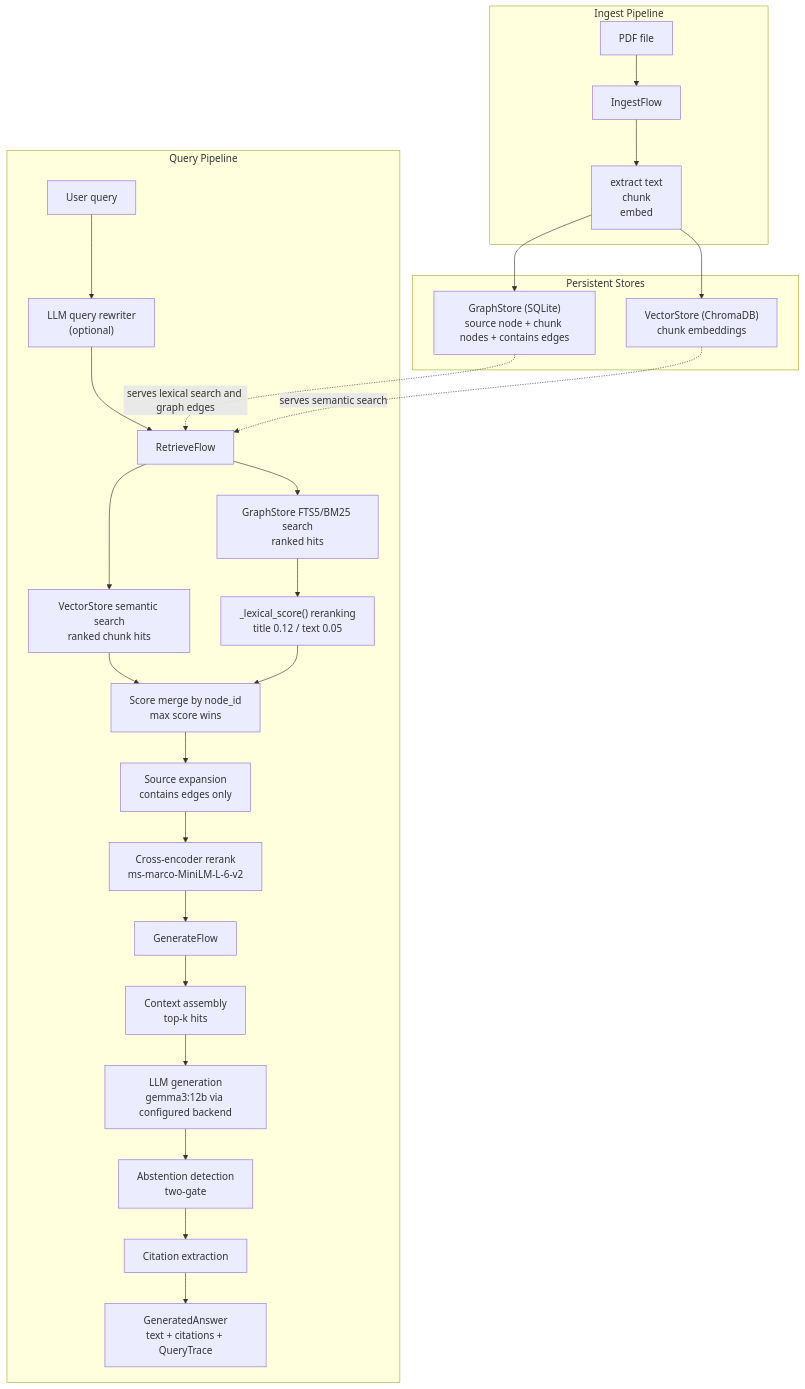
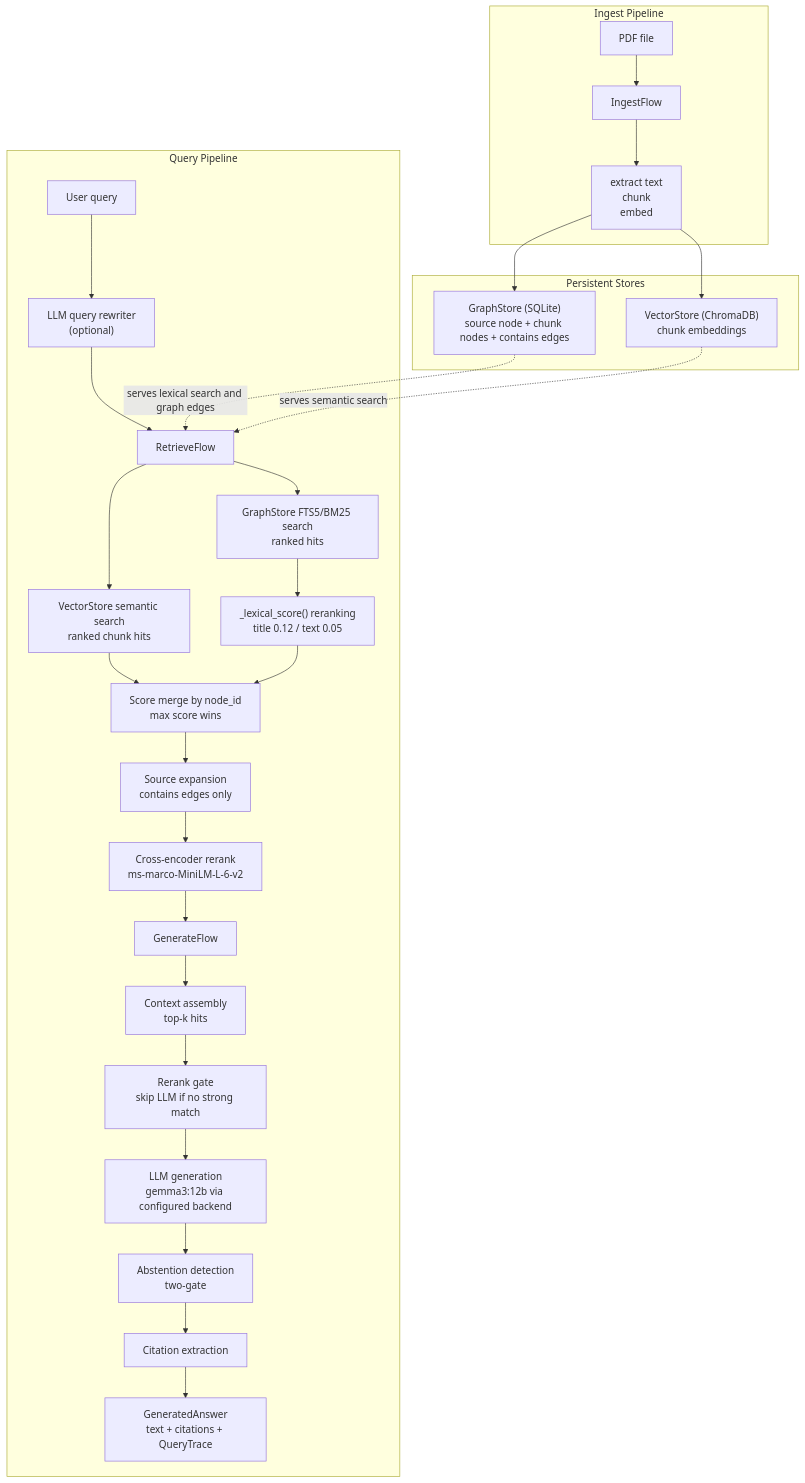
Before and after one commit to DmcpEI/Research-Continuity-Agent: the diagram in README.md, drawn with Mermaid. The commit also changed other lines of this file and 5 other files, not shown here.

First line of the commit message:
Feat(generation): add calibrated rerank gate before LLM generation

````diff
--- a/README.md
+++ b/README.md
@@ -11,43 +11,43 @@
 ```mermaid
 flowchart TD
     subgraph Ingest["Ingest Pipeline"]
         PDF["PDF file"]
         IF["IngestFlow"]
         Extract["extract text<br/>chunk<br/>embed"]
         PDF --> IF --> Extract
     end
 
     subgraph Storage["Persistent Stores"]
         GS["GraphStore (SQLite)<br/>source node + chunk nodes + contains edges"]
         VS["VectorStore (ChromaDB)<br/>chunk embeddings"]
     end
 
     subgraph Query["Query Pipeline"]
         UQ["User query"]
         RW["LLM query rewriter<br/>(optional)"]
         RF["RetrieveFlow"]
         VQ["VectorStore semantic search<br/>ranked chunk hits"]
         FTS["GraphStore FTS5/BM25 search<br/>ranked hits"]
         LEX["_lexical_score() reranking<br/>title 0.12 / text 0.05"]
         MERGE["Score merge by node_id<br/>max score wins"]
         EXPAND["Source expansion<br/>contains edges only"]
         RERANK["Cross-encoder rerank<br/>ms-marco-MiniLM-L-6-v2"]
         GF["GenerateFlow"]
         CTX["Context assembly<br/>top-k hits"]
         LLM["LLM generation<br/>gemma3:12b via configured backend"]
         ABS["Abstention detection<br/>two-gate"]
         CITE["Citation extraction"]
         OUT["GeneratedAnswer<br/>text + citations + QueryTrace"]
 
         UQ --> RW --> RF
         RF --> VQ --> MERGE
         RF --> FTS --> LEX --> MERGE
         MERGE --> EXPAND --> RERANK --> GF
-        GF --> CTX --> LLM --> ABS --> CITE --> OUT
+        GF --> CTX --> GATE["Rerank gate<br/>skip LLM if no strong match"] --> LLM --> ABS --> CITE --> OUT
     end
 
     Extract --> GS
     Extract --> VS
     GS -. "serves lexical search and graph edges" .-> RF
     VS -. "serves semantic search" .-> RF
 ```
````
